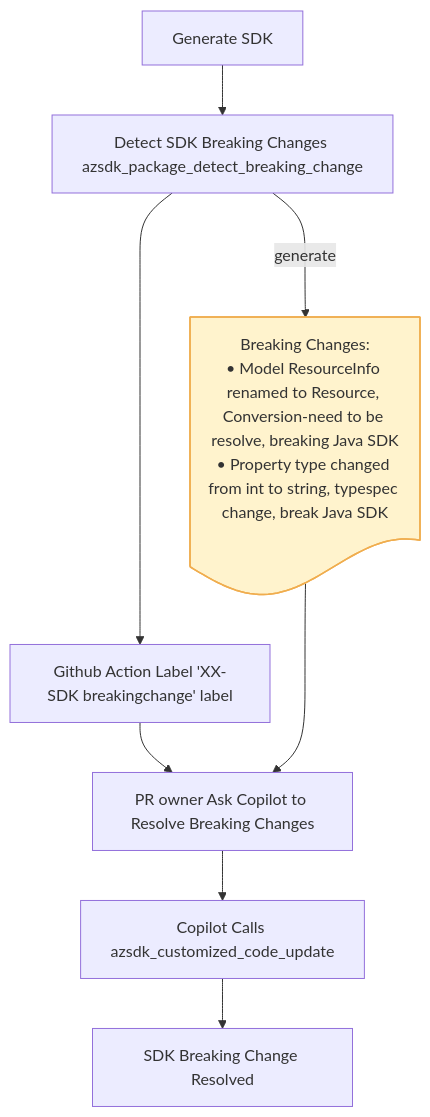
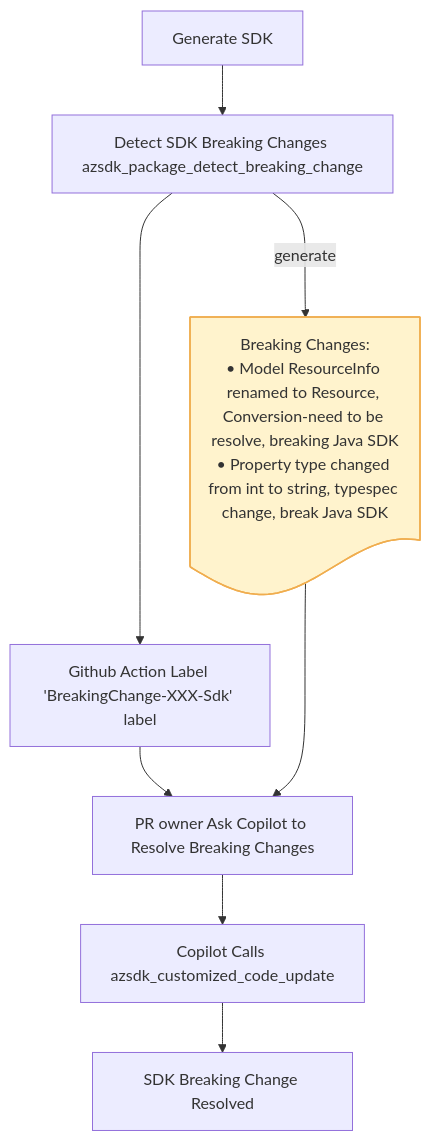
Before and after one commit to Azure/azure-sdk-tools: the second of 2 diagrams in tools/azsdk-cli/docs/specs/sdk-breaking-change-detect.spec.md, drawn with Mermaid. The commit also changed other lines of this file, not shown here.

````diff
--- a/tools/azsdk-cli/docs/specs/sdk-breaking-change-detect.spec.md
+++ b/tools/azsdk-cli/docs/specs/sdk-breaking-change-detect.spec.md
@@ -314,24 +324,24 @@
 ```mermaid
 flowchart TD
     A[Generate SDK]
     B[Detect SDK Breaking Changes azsdk_package_detect_breaking_change]
-    C[Github Action Label 'XX-SDK breakingchange' label]
+    C[Github Action Label 'BreakingChange-XXX-Sdk' label]
     D[PR owner Ask Copilot to Resolve Breaking Changes]
     E[Copilot Calls azsdk_customized_code_update]
     F[SDK Breaking Change Resolved]
 
     A --> B
     B --> C
     C --> D
     D --> E
     E --> F
 
     G@{ shape: doc, label: "Breaking Changes:<br/>• Model ResourceInfo renamed to Resource, Conversion-need to be resolve, breaking Java SDK<br/>• Property type changed from int to string, typespec change, break Java SDK" }
 
     B ---> |generate|G
     G ---> D
 
     %% styling
     class G breaking;
     classDef breaking fill:#fff3cd,stroke:#f0ad4e,stroke-width:1.5px;
 ```
````
